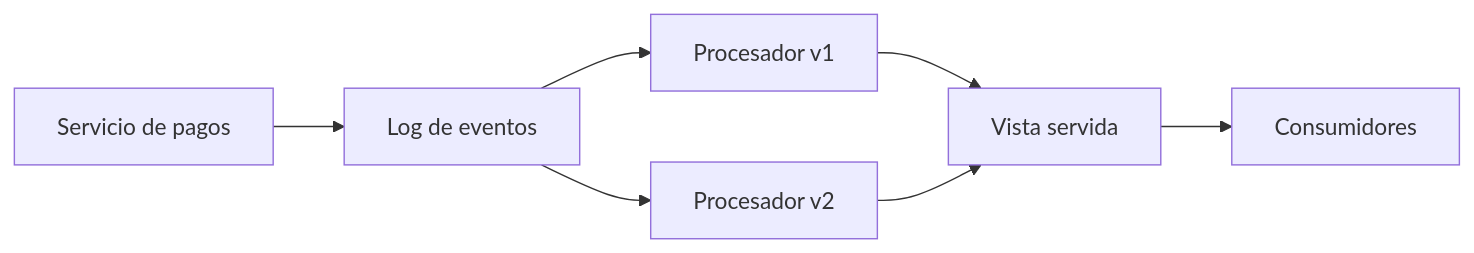
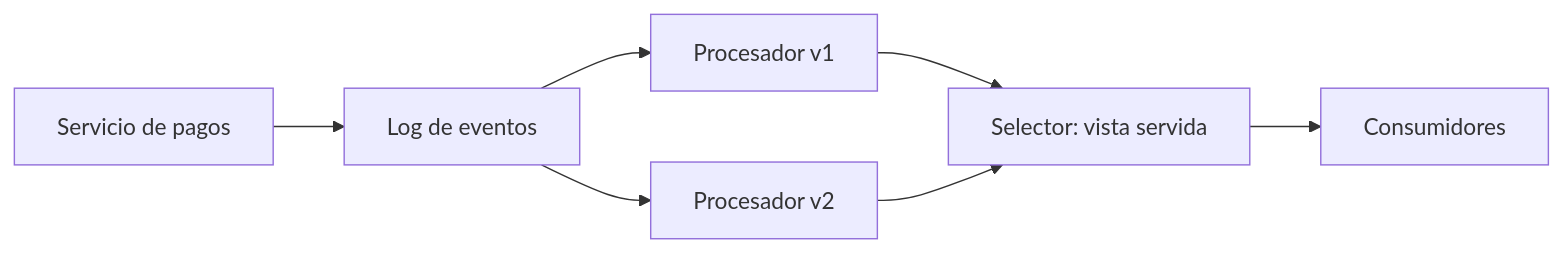
Before and after one commit to fcp4891/de-knowledge-hub: the first of 3 diagrams in content/architectures/kappa-architecture.md, drawn with Mermaid. The commit also changed other lines of this file and 13 other files, not shown here.

````diff
--- a/content/architectures/kappa-architecture.md
+++ b/content/architectures/kappa-architecture.md
@@ -111,9 +111,9 @@
 ```mermaid
 flowchart LR
   P["Servicio de pagos"] --> L["Log de eventos"]
   L --> V1["Procesador v1"]
   L --> V2["Procesador v2"]
-  V1 --> S["Vista servida"]
+  V1 --> S["Selector: vista servida"]
   V2 --> S
   S --> C["Consumidores"]
 ```
````
